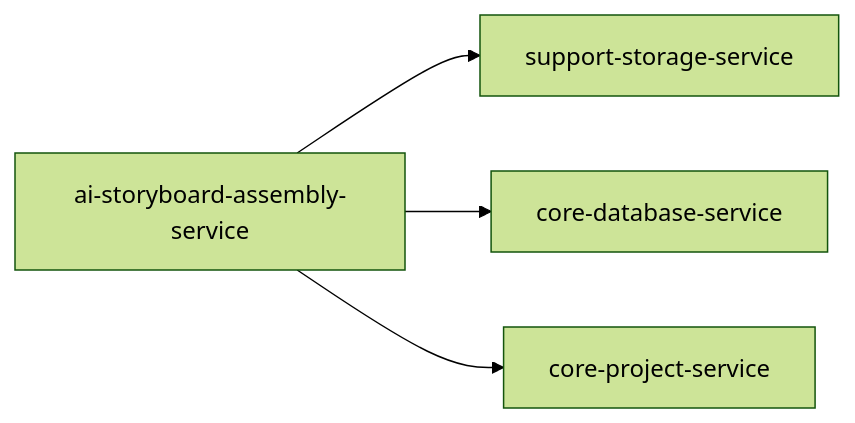
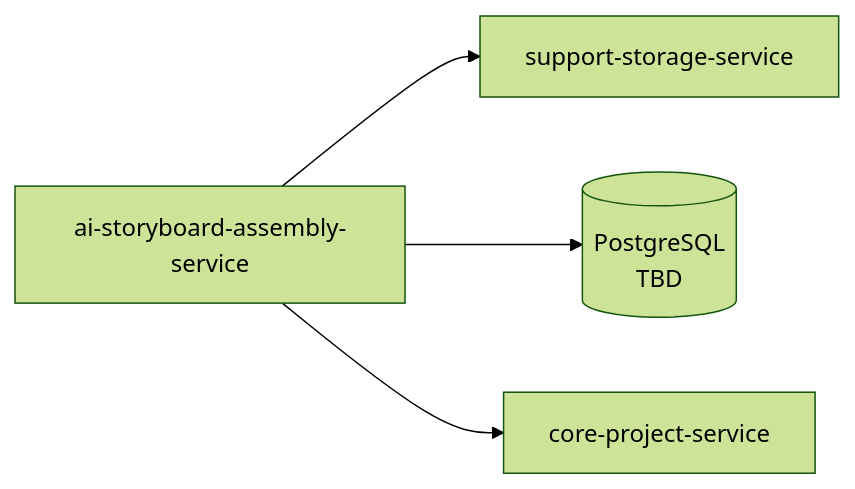
One commit to VisioBook-ESP/docs-architecture changed the second of 5 diagrams in microservices/ai-storyboard-assembly-service.md. Above: the diagram before and after it, drawn with Mermaid (forest theme). The commit also changed other lines of this file and 15 other files, not shown here.

````diff
--- a/microservices/ai-storyboard-assembly-service.md
+++ b/microservices/ai-storyboard-assembly-service.md
@@ -422,6 +422,6 @@
 ```mermaid
 graph LR
     ASM[ai-storyboard-assembly-service] --> STORAGE[support-storage-service]
-    ASM --> DB[core-database-service]
+    ASM --> PG[(PostgreSQL<br/>TBD)]
     ASM --> PROJECT[core-project-service]
 ```
````
